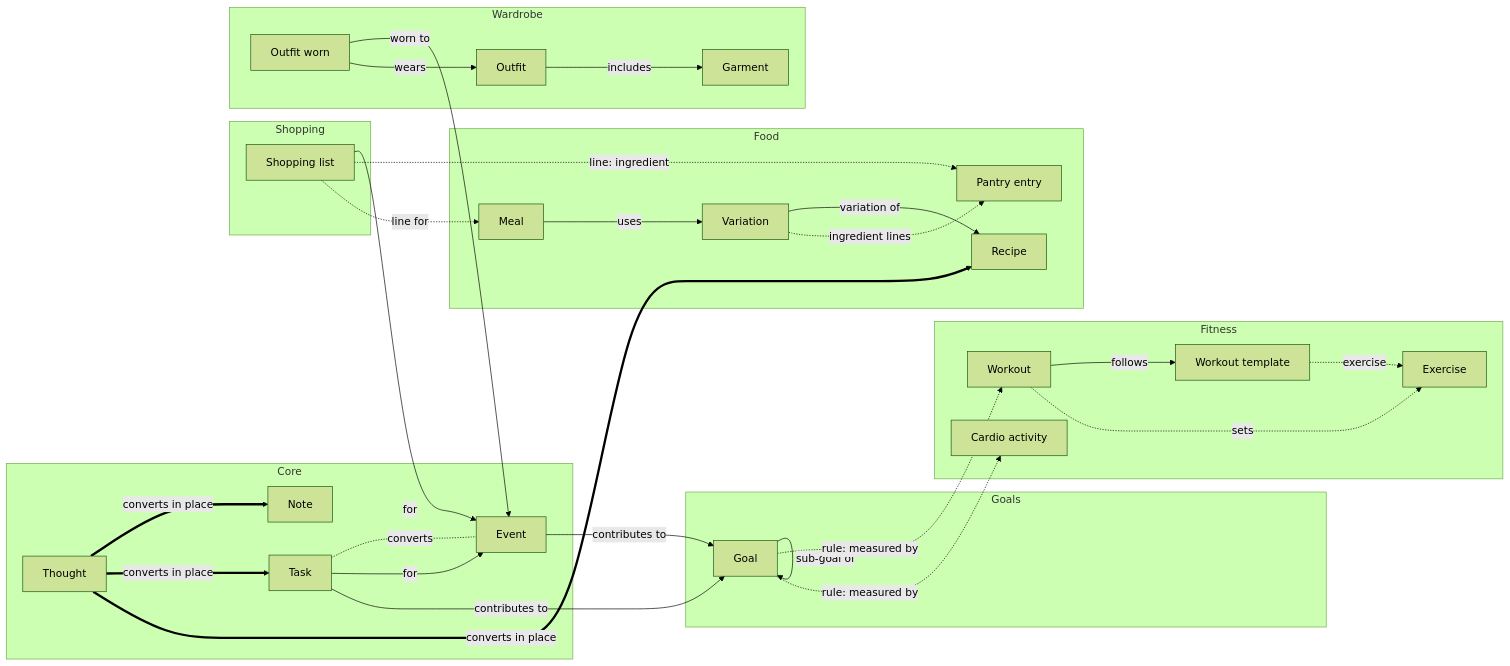
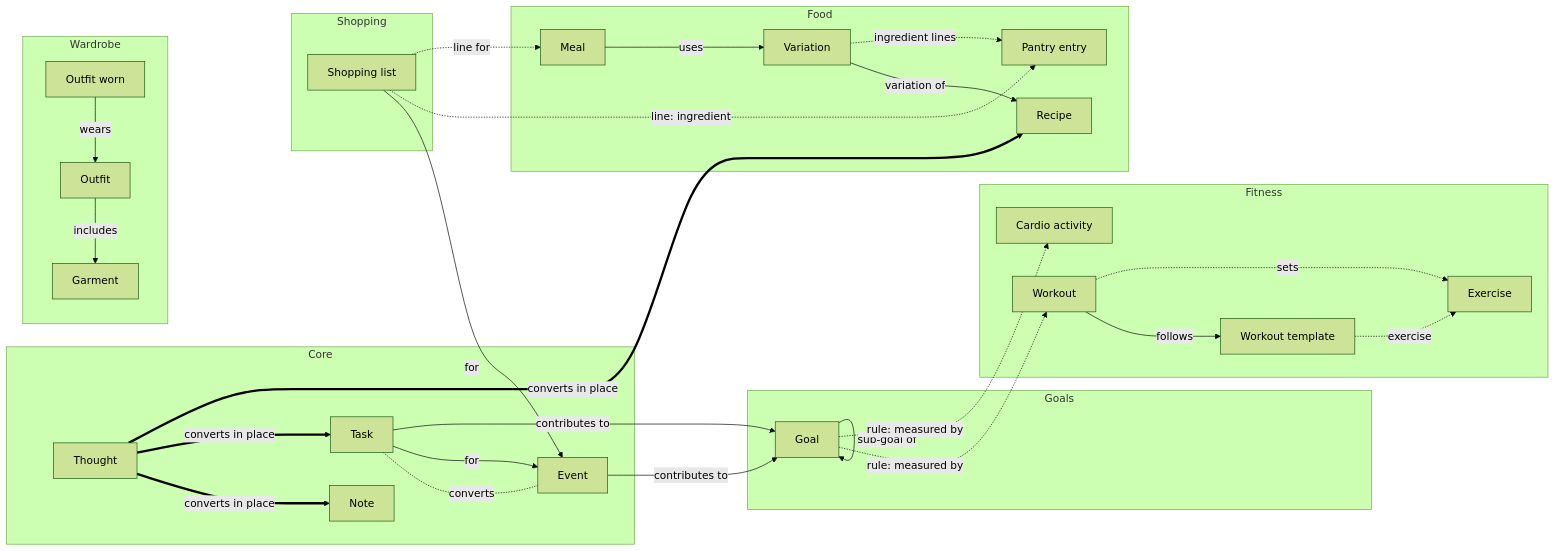
The second of 3 diagrams in docs/20-architecture/data-model.md (joestables/lifeos), drawn with Mermaid (forest theme) before and after one commit. The commit also changed other lines of this file and 54 other files, not shown here.

First line of the commit message:
Stage 6, Wardrobe: spec, decisions, design and schema (#96)

````diff
--- a/docs/20-architecture/data-model.md
+++ b/docs/20-architecture/data-model.md
@@ -391,58 +397,57 @@
 ```mermaid
 flowchart LR
   subgraph CORE[Core]
     Thought
     Note
     Task
     Event
   end
   subgraph FOOD[Food]
     Recipe
     Variation
     Meal
     Ingredient[Pantry entry]
   end
   subgraph SHOPPING[Shopping]
     Shop[Shopping list]
   end
   subgraph WARDROBE[Wardrobe]
     Garment
     Outfit
     OutfitWorn[Outfit worn]
   end
   subgraph FITNESS[Fitness]
     Exercise
     Template[Workout template]
     Workout
     Cardio[Cardio activity]
   end
   subgraph GOALS[Goals]
     Goal
   end
 
   Thought == converts in place ==> Note
   Thought == converts in place ==> Task
   Thought == converts in place ==> Recipe
   Task -. converts .- Event
 
   Meal -- uses --> Variation
   Variation -- variation of --> Recipe
   Task -- for --> Event
   Shop -- for --> Event
-  OutfitWorn -- worn to --> Event
   OutfitWorn -- wears --> Outfit
   Outfit -- includes --> Garment
   Workout -- follows --> Template
   Task -- contributes to --> Goal
   Event -- contributes to --> Goal
   Goal -- sub-goal of --> Goal
 
   Variation -. "ingredient lines" .-> Ingredient
   Shop -. "line: ingredient" .-> Ingredient
   Shop -. line for .-> Meal
   Template -. exercise .-> Exercise
   Workout -. sets .-> Exercise
 
   Goal -. "rule: measured by" .-> Workout
   Goal -. "rule: measured by" .-> Cardio
 ```
````
